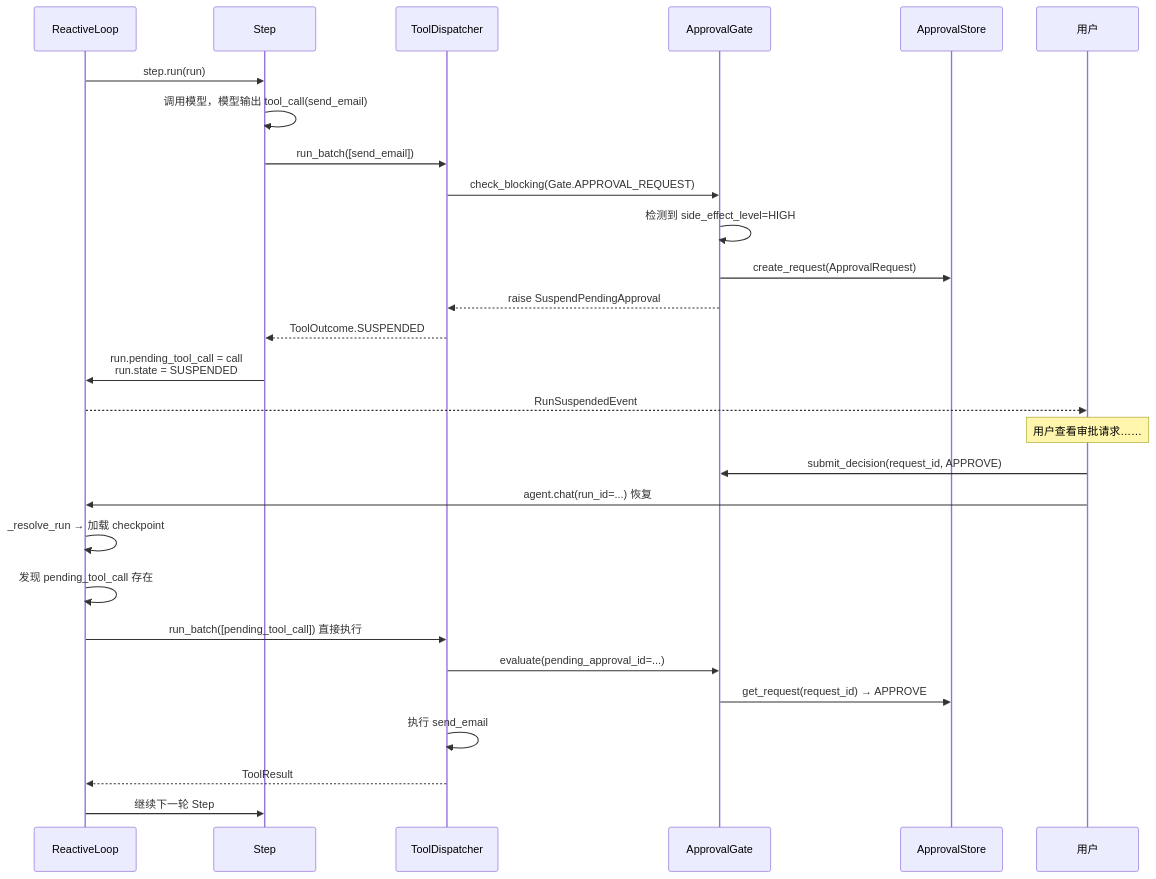
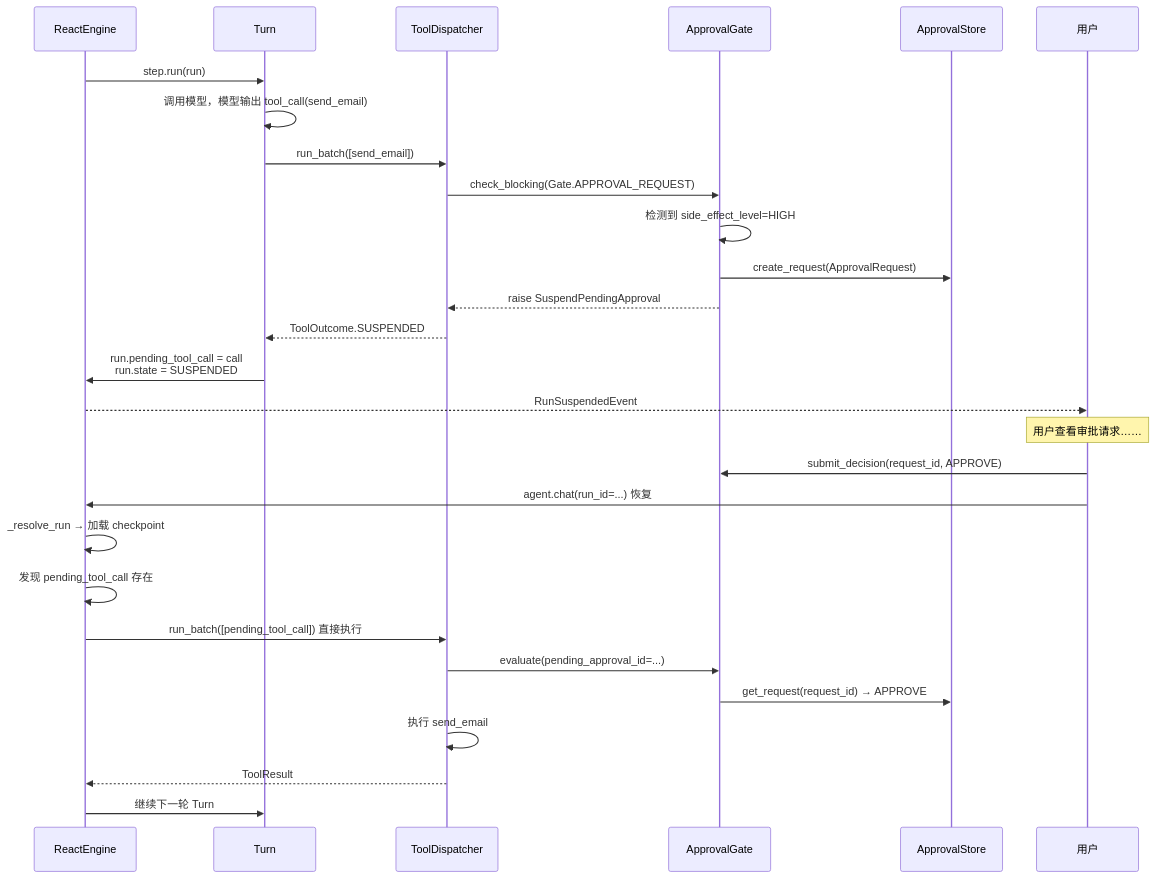
The diagram in docs/book/ch09.md (limenagent/prodagent), drawn with Mermaid before and after one commit. The commit also changed other lines of this file and 133 other files, not shown here.

````diff
--- a/docs/book/ch09.md
+++ b/docs/book/ch09.md
@@ -25,30 +25,30 @@
 ```mermaid
 sequenceDiagram
-    participant L as ReactiveLoop
-    participant S as Step
+    participant L as ReactEngine
+    participant S as Turn
     participant D as ToolDispatcher
     participant G as ApprovalGate
     participant A as ApprovalStore
     participant U as 用户
     L->>S: step.run(run)
     S->>S: 调用模型，模型输出 tool_call(send_email)
     S->>D: run_batch([send_email])
     D->>G: check_blocking(Gate.APPROVAL_REQUEST)
     G->>G: 检测到 side_effect_level=HIGH
     G->>A: create_request(ApprovalRequest)
     G-->>D: raise SuspendPendingApproval
     D-->>S: ToolOutcome.SUSPENDED
     S->>L: run.pending_tool_call = call<br/>run.state = SUSPENDED
     L-->>U: RunSuspendedEvent
     Note over U: 用户查看审批请求……
     U->>G: submit_decision(request_id, APPROVE)
     U->>L: agent.chat(run_id=...) 恢复
     L->>L: _resolve_run → 加载 checkpoint
     L->>L: 发现 pending_tool_call 存在
     L->>D: run_batch([pending_tool_call]) 直接执行
     D->>G: evaluate(pending_approval_id=...)
     G->>A: get_request(request_id) → APPROVE
     D->>D: 执行 send_email
     D-->>L: ToolResult
-    L->>S: 继续下一轮 Step
+    L->>S: 继续下一轮 Turn
 ```
````
